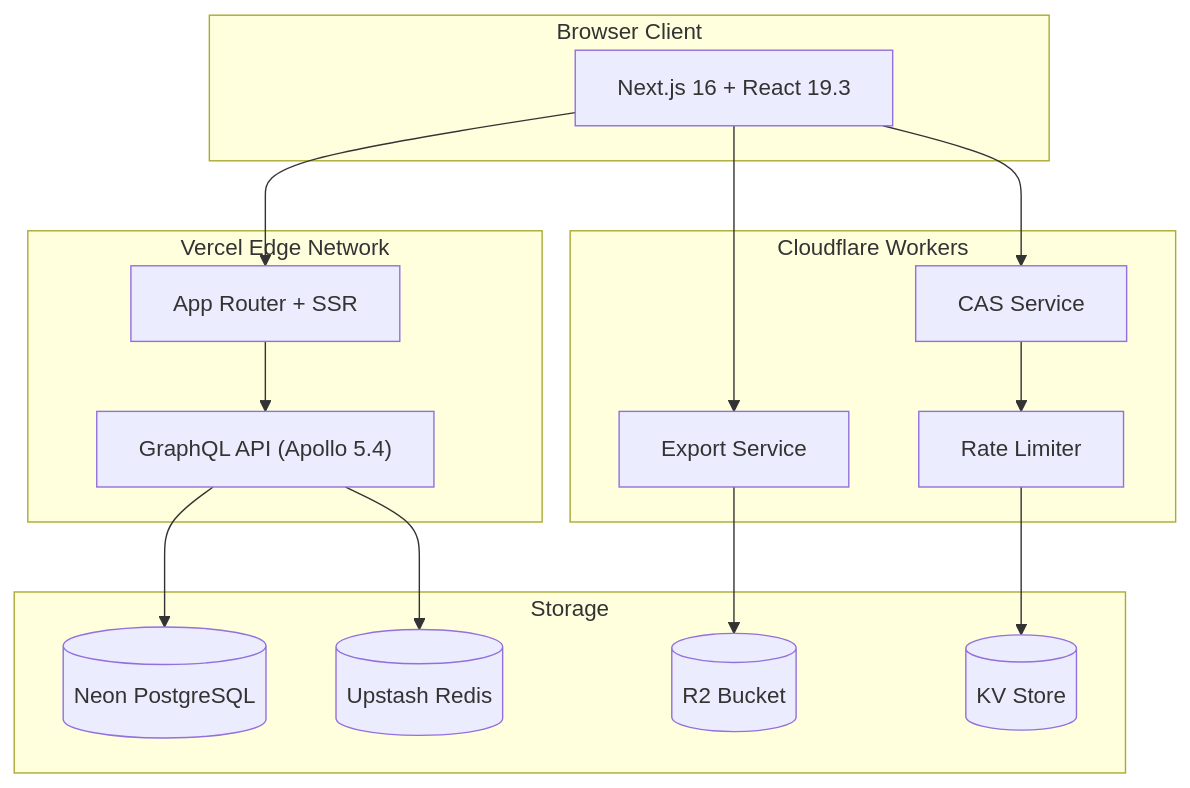
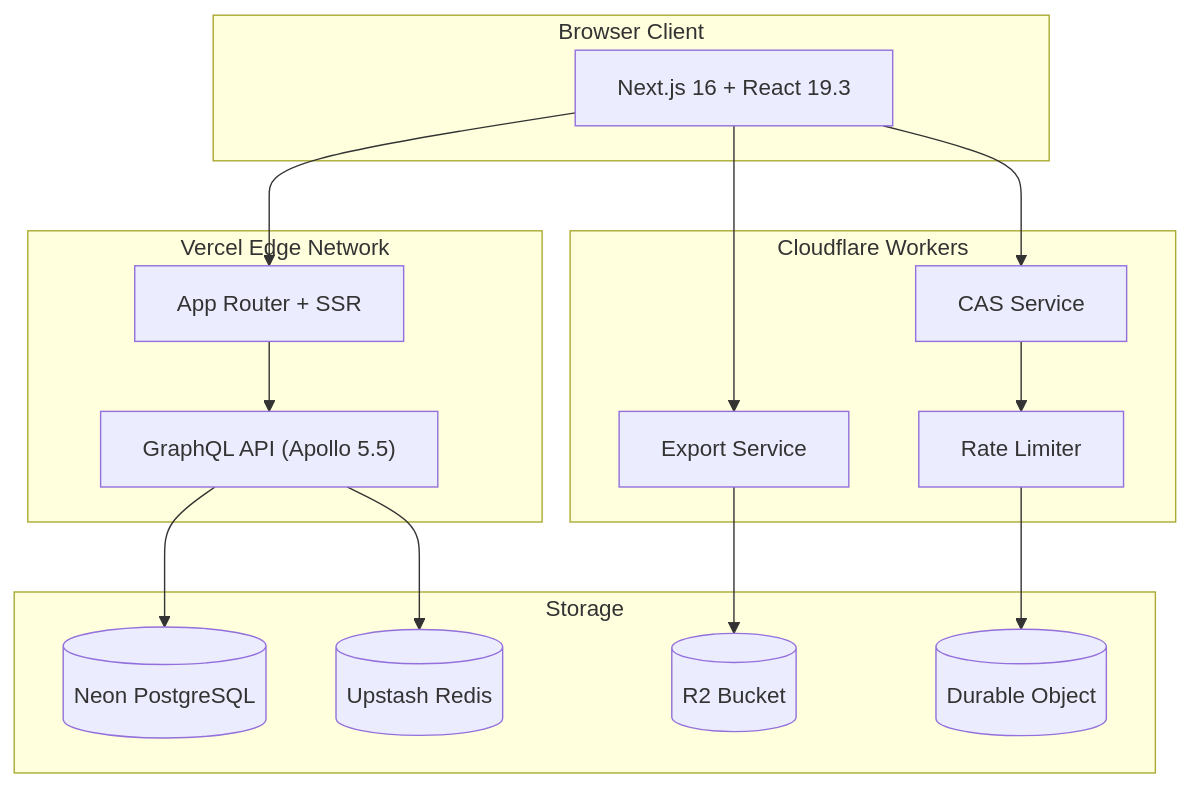
Before and after one commit to ABCrimson/NextCalc: the first of 4 diagrams in ARCHITECTURE.md, drawn with Mermaid. The commit also changed other lines of this file and 56 other files, not shown here.

````diff
--- a/ARCHITECTURE.md
+++ b/ARCHITECTURE.md
@@ -5,30 +5,30 @@
 ```mermaid
 graph TB
     subgraph Client["Browser Client"]
         A["Next.js 16 + React 19.3"]
     end
     subgraph Vercel["Vercel Edge Network"]
         B["App Router + SSR"]
-        C["GraphQL API (Apollo 5.4)"]
+        C["GraphQL API (Apollo 5.5)"]
     end
     subgraph CF["Cloudflare Workers"]
         D["CAS Service"]
         E["Export Service"]
         F["Rate Limiter"]
     end
     subgraph Storage
         G[("Neon PostgreSQL")]
         H[("Upstash Redis")]
         I[("R2 Bucket")]
-        J[("KV Store")]
+        J[("Durable Object")]
     end
     A --> B
     A --> D
     A --> E
     B --> C
     C --> G
     C --> H
     D --> F
     E --> I
     F --> J
 ```
````
